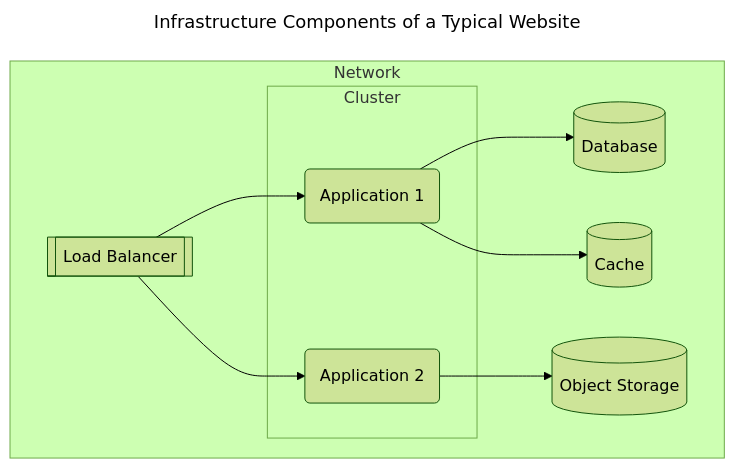
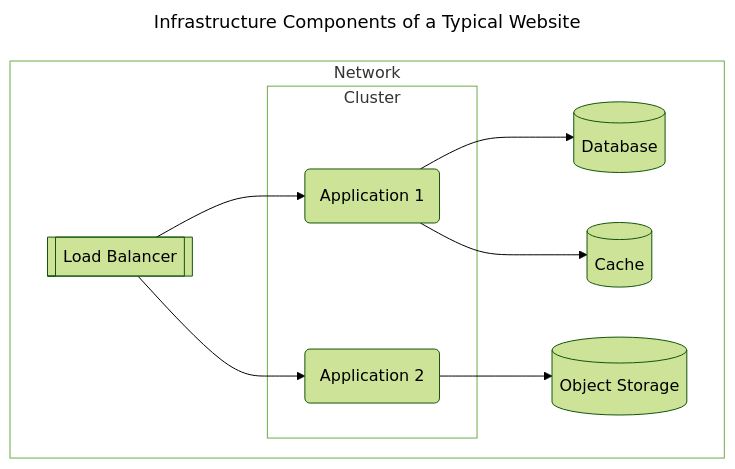
Before and after one commit to cloudposse/atmos: the first of 4 diagrams in website/docs/quick-start/mindset.mdx, drawn with Mermaid (forest theme). The commit also changed other lines of this file and 9 other files, not shown here.

Commit message:
styling mermaid. add some more diagrams

````diff
--- a/website/docs/quick-start/mindset.mdx
+++ b/website/docs/quick-start/mindset.mdx
@@ -48,23 +48,25 @@
 ```mermaid
 ---
 title: Infrastructure Components of a Typical Website
 ---
+
 graph TD
 
     subgraph Network
+        style Network fill:none
         subgraph Cluster
+            style Cluster fill:#ffffff15
             App1(Application 1)
             App2(Application 2)
-
         end
         LB[[Load Balancer]]
         DB[(Database)]
         Cache[(Cache)]
         ObjectStorage[(Object Storage)]
     end
     LB --> App1
     LB --> App2
     App1 --> DB
     App1 --> Cache
     App2 --> ObjectStorage
 ```
````
